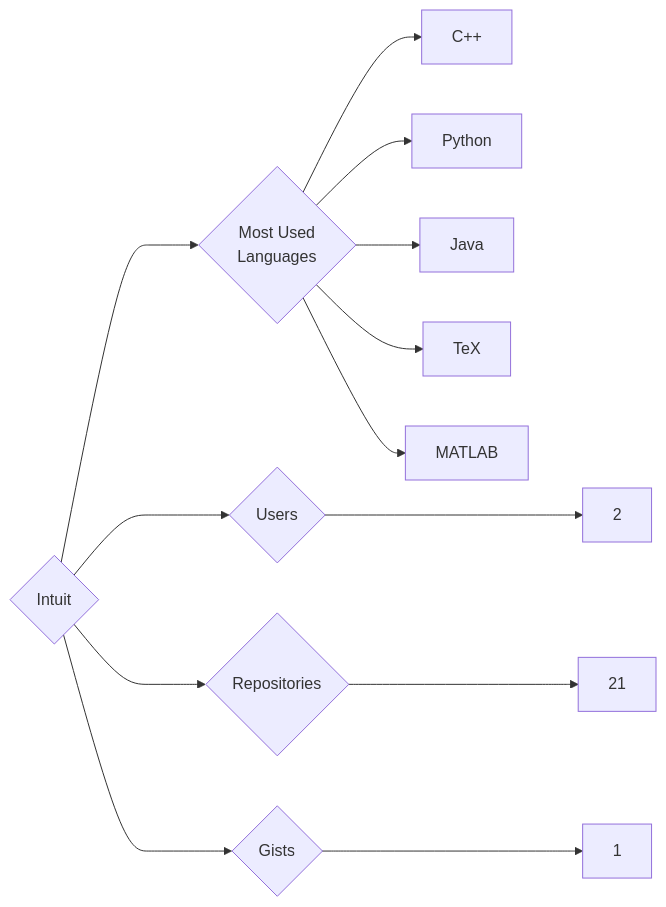
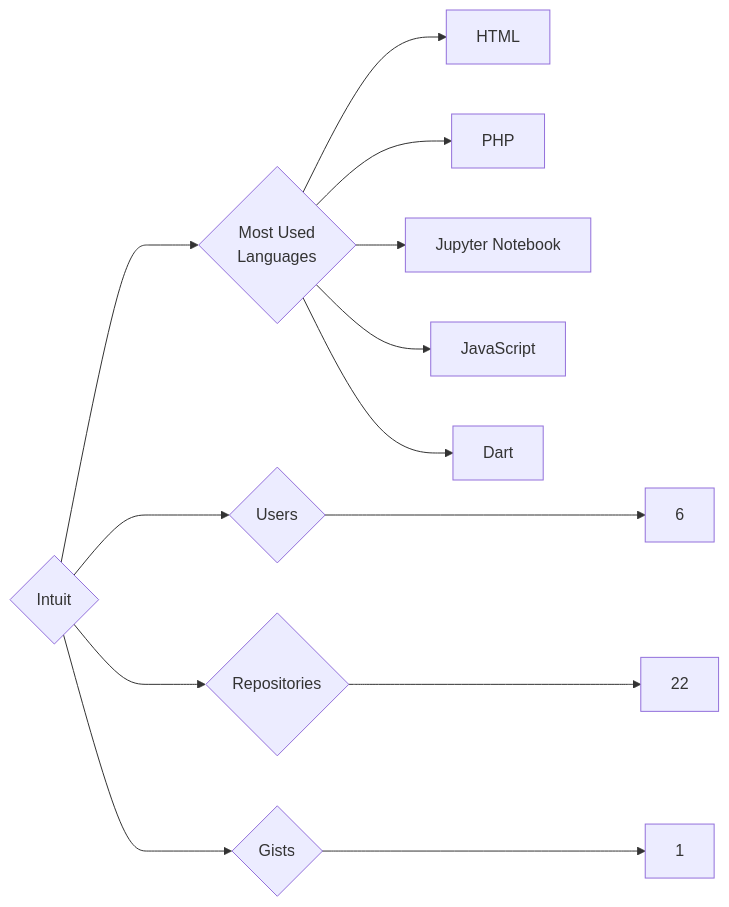
Before and after one commit to trickest/insiders: the diagram in targets/Intuit/README.md, drawn with Mermaid. The commit also changed 1036 other files, not shown here.

````diff
--- a/targets/Intuit/README.md
+++ b/targets/Intuit/README.md
@@ -3,13 +3,13 @@
 ```mermaid
 graph LR
 COMPANY_NAME{Intuit}
-COMPANY_NAME ---> U{Users} ---> UN[2]
-COMPANY_NAME ---> R{Repositories} ---> RN[21]
+COMPANY_NAME ---> U{Users} ---> UN[6]
+COMPANY_NAME ---> R{Repositories} ---> RN[22]
 COMPANY_NAME ---> G{Gists} ---> GN[1]
 COMPANY_NAME ---> ML{Most Used<br>Languages}
-ML --> C++[C++]
-ML --> Python[Python]
-ML --> Java[Java]
-ML --> TeX[TeX]
-ML --> MATLAB[MATLAB]
+ML --> HTML[HTML]
+ML --> PHP[PHP]
+ML --> Jupyter_Notebook[Jupyter Notebook]
+ML --> JavaScript[JavaScript]
+ML --> Dart[Dart]
 ```
````
